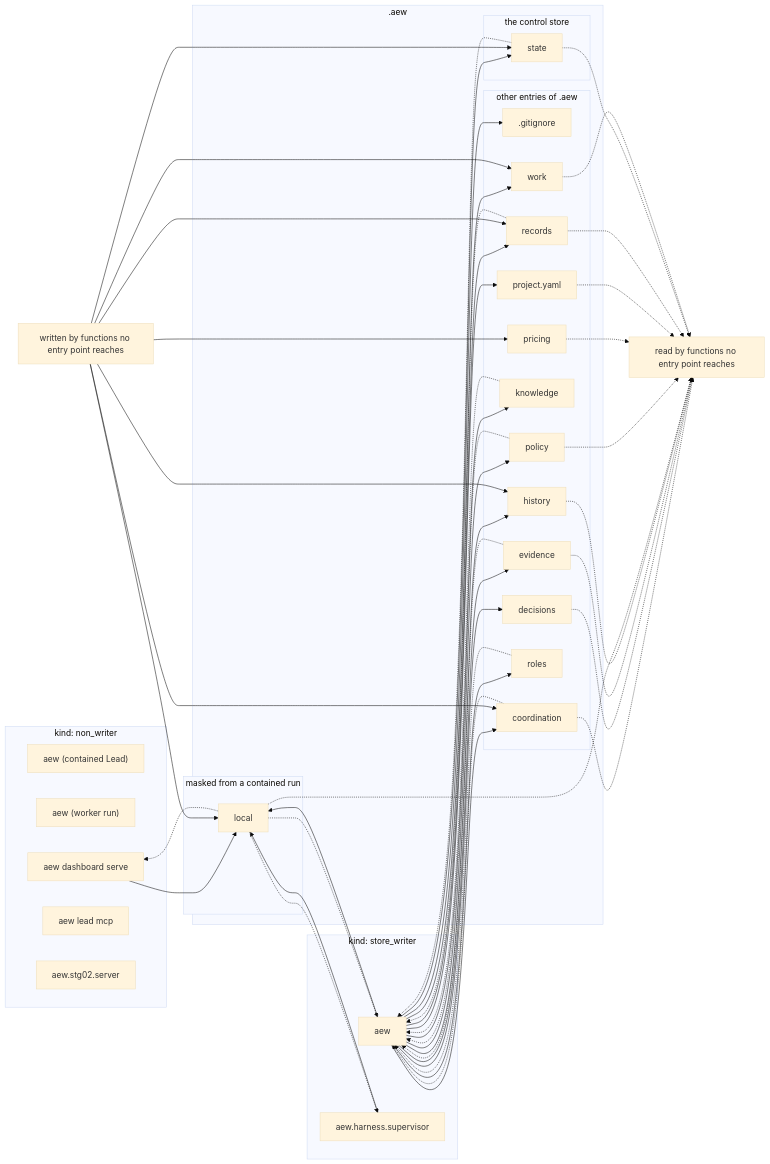
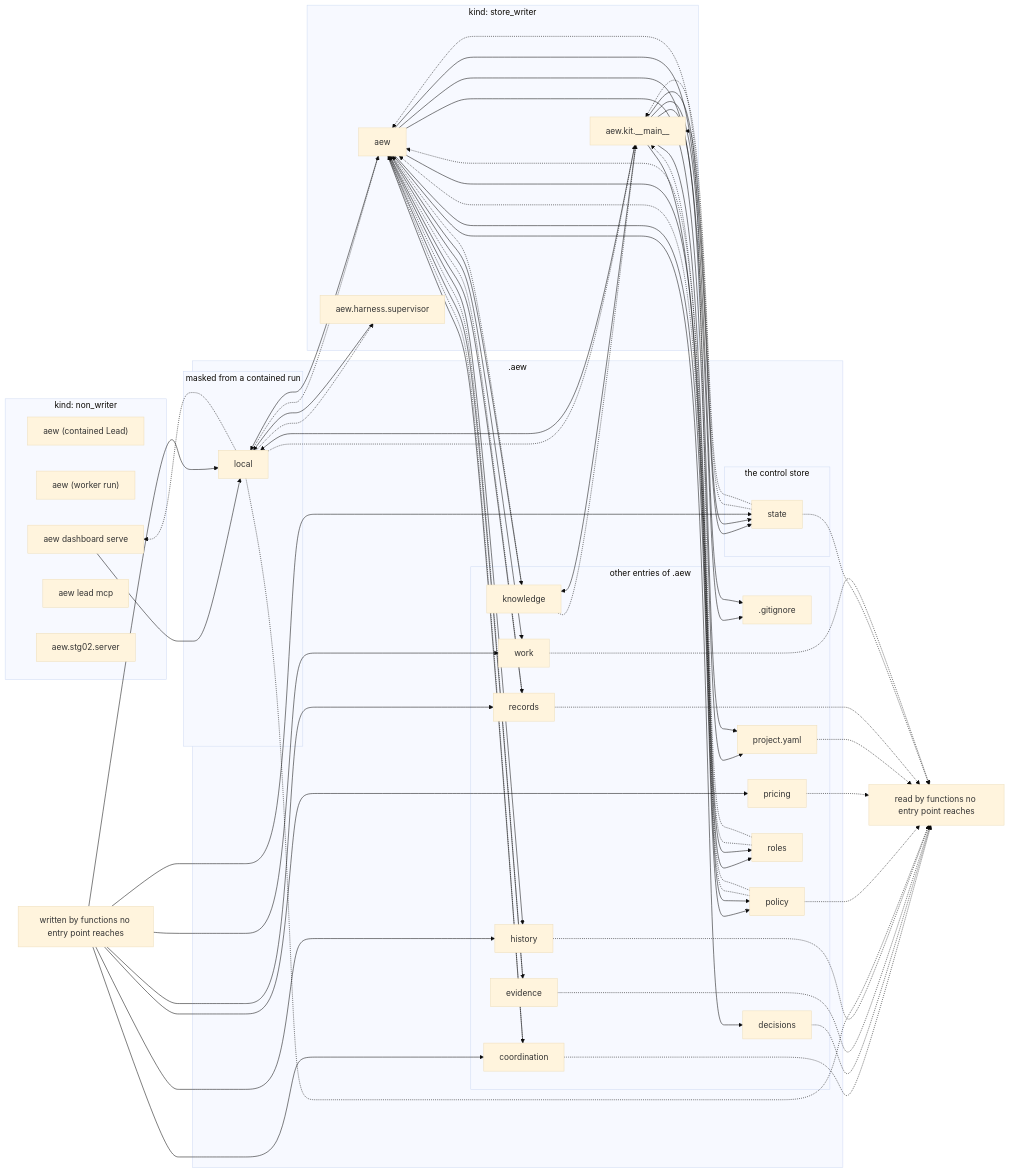
The diagram in docs/reference/data-flow.md (JonSmithTLT/Agentic-Engineering-Workflow), drawn with Mermaid (base theme) before and after one commit. The commit also changed other lines of this file and 19 other files, not shown here.

```diff
--- a/docs/reference/data-flow.md
+++ b/docs/reference/data-flow.md
@@ -14,6 +14,7 @@
     subgraph kind_store_writer["kind: store_writer"]
         proc_aew["aew"]
         proc_aew_harness_supervisor["aew.harness.supervisor"]
+        proc_aew_kit_main["aew.kit.__main__"]
     end
     subgraph aew_dir[".aew"]
         subgraph group_store["the control store"]
@@ -54,6 +55,13 @@
     proc_aew --> path_work
     proc_aew_dashboard_serve --> path_local
     proc_aew_harness_supervisor --> path_local
+    proc_aew_kit_main --> path_gitignore
+    proc_aew_kit_main --> path_knowledge
+    proc_aew_kit_main --> path_local
+    proc_aew_kit_main --> path_policy
+    proc_aew_kit_main --> path_project_yaml
+    proc_aew_kit_main --> path_roles
+    proc_aew_kit_main --> path_state
     no_writer --> path_coordination
     no_writer --> path_history
     no_writer --> path_local
@@ -71,6 +79,11 @@
     path_state -.-> proc_aew
     path_local -.-> proc_aew_dashboard_serve
     path_local -.-> proc_aew_harness_supervisor
+    path_knowledge -.-> proc_aew_kit_main
+    path_local -.-> proc_aew_kit_main
+    path_policy -.-> proc_aew_kit_main
+    path_roles -.-> proc_aew_kit_main
+    path_state -.-> proc_aew_kit_main
     path_coordination -.-> no_reader
     path_decisions -.-> no_reader
     path_evidence -.-> no_reader
```
